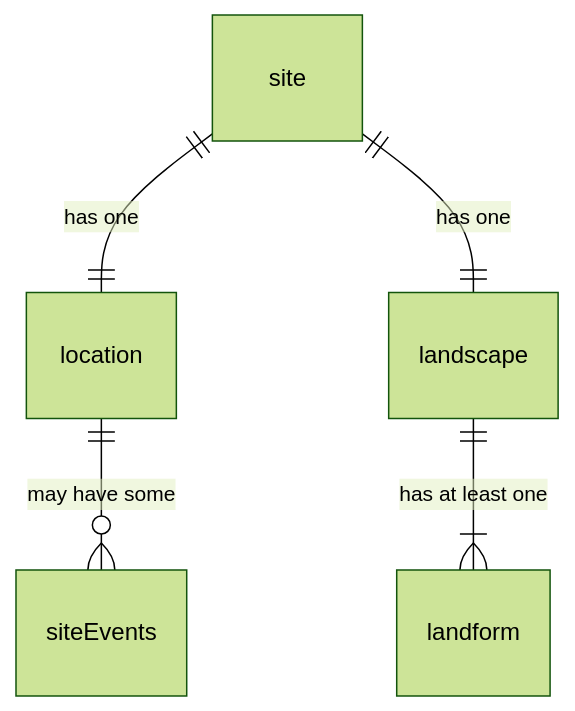
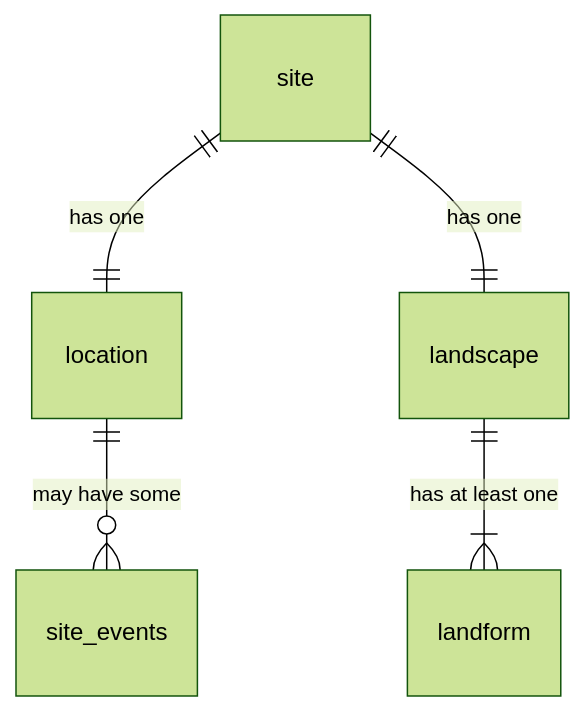
Before and after one commit to manaakiwhenua/NZ_soildesc_2024: the second of 6 diagrams in ap_03_database_design.qmd, drawn with Mermaid (forest theme). The commit also changed other lines of this file and 2 other files, not shown here.

````diff
--- a/ap_03_database_design.qmd
+++ b/ap_03_database_design.qmd
@@ -7,11 +81,11 @@
 ```{mermaid}
 %%| fig-cap: "Overview - main tables only"
 
 erDiagram
   site ||--|| location : "has one"
-  location ||--o{ siteEvents : "may have some"
+  location ||--o{ site_events : "may have some"
   site ||--|| landscape : "has one"
   landscape ||--|{ landform : "has at least one"
   
 
 ```
````
